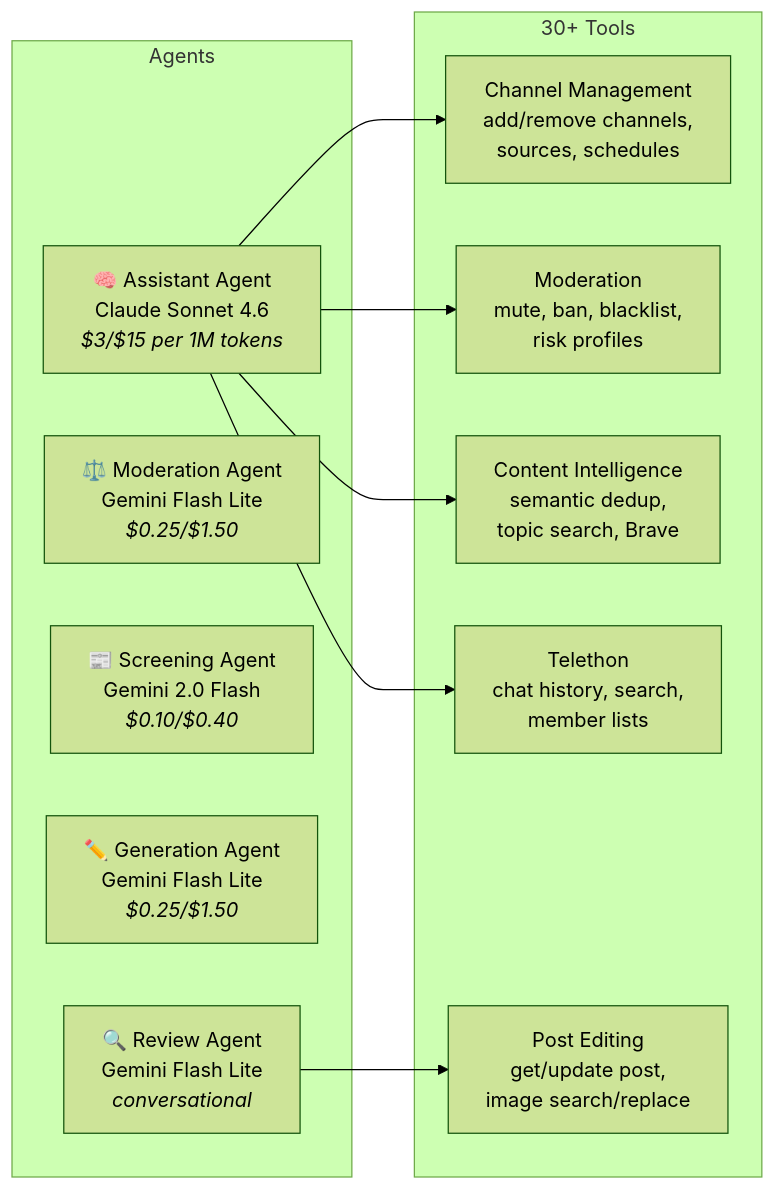
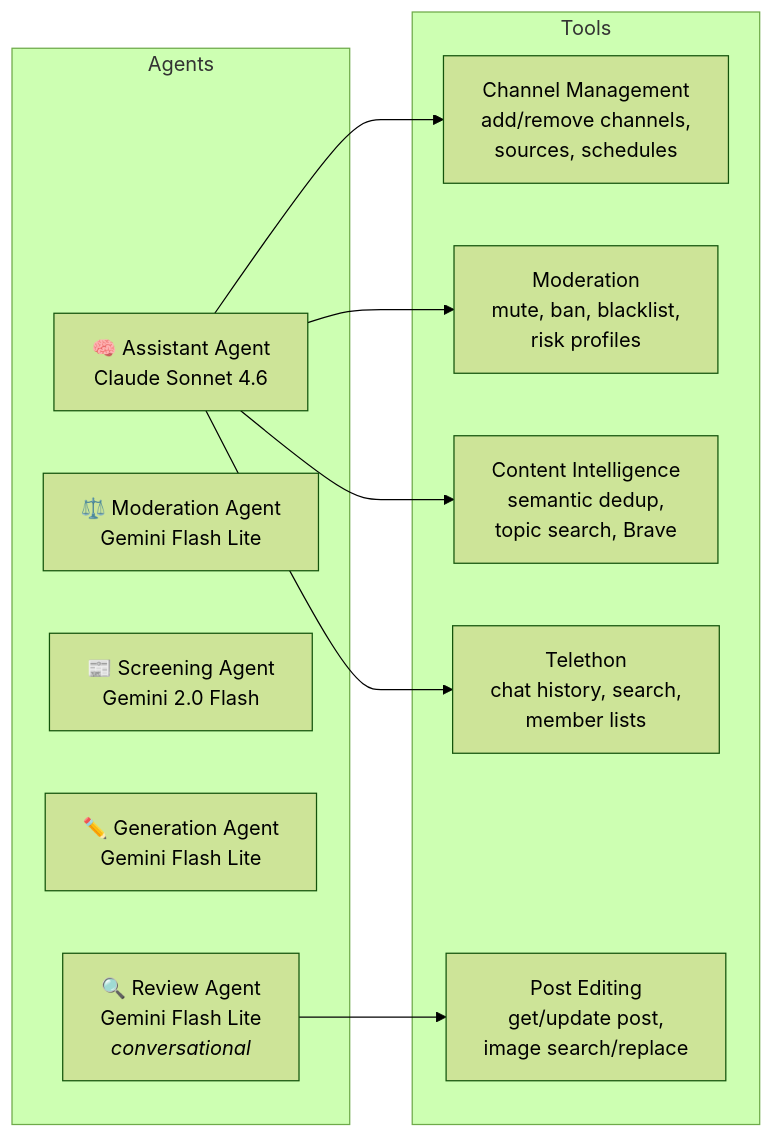
The second of 4 diagrams in README.md (vsem-azamat/supervisor-telegram), drawn with Mermaid (forest theme) before and after one commit. The commit also changed other lines of this file and 17 other files, not shown here.

````diff
--- a/README.md
+++ b/README.md
@@ -102,24 +102,24 @@
 ```mermaid
 graph LR
     subgraph Agents
-        A1["🧠 Assistant Agent<br/>Claude Sonnet 4.6<br/><i>$3/$15 per 1M tokens</i>"]
-        A2["⚖️ Moderation Agent<br/>Gemini Flash Lite<br/><i>$0.25/$1.50</i>"]
-        A3["📰 Screening Agent<br/>Gemini 2.0 Flash<br/><i>$0.10/$0.40</i>"]
-        A4["✏️ Generation Agent<br/>Gemini Flash Lite<br/><i>$0.25/$1.50</i>"]
+        A1["🧠 Assistant Agent<br/>Claude Sonnet 4.6"]
+        A2["⚖️ Moderation Agent<br/>Gemini Flash Lite"]
+        A3["📰 Screening Agent<br/>Gemini 2.0 Flash"]
+        A4["✏️ Generation Agent<br/>Gemini Flash Lite"]
         A5["🔍 Review Agent<br/>Gemini Flash Lite<br/><i>conversational</i>"]
     end
 
-    subgraph Tools["30+ Tools"]
+    subgraph Tools["Tools"]
         T1["Channel Management<br/>add/remove channels,<br/>sources, schedules"]
         T2["Moderation<br/>mute, ban, blacklist,<br/>risk profiles"]
         T3["Content Intelligence<br/>semantic dedup,<br/>topic search, Brave"]
         T4["Telethon<br/>chat history, search,<br/>member lists"]
         T5["Post Editing<br/>get/update post,<br/>image search/replace"]
     end
 
     A1 --> T1
     A1 --> T2
     A1 --> T3
     A1 --> T4
     A5 --> T5
 ```
````
